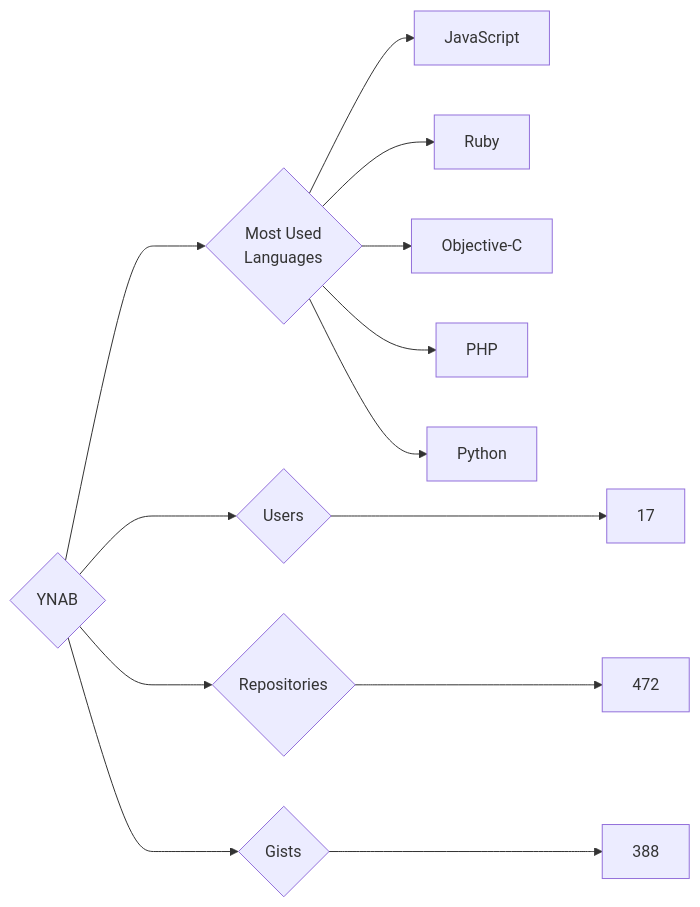
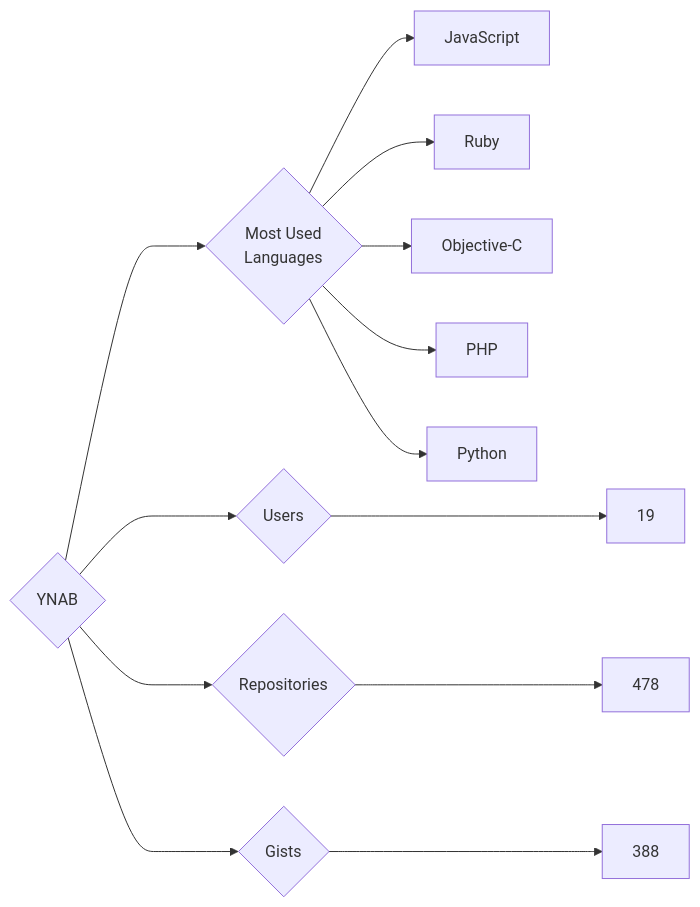
One commit to trickest/insiders changed the diagram in targets/YNAB/README.md. Above: the diagram before and after it, drawn with Mermaid. The commit also changed 829 other files, not shown here.

````diff
--- a/targets/YNAB/README.md
+++ b/targets/YNAB/README.md
@@ -3,13 +3,13 @@
 ```mermaid
 graph LR
 COMPANY_NAME{YNAB}
-COMPANY_NAME ---> U{Users} ---> UN[17]
-COMPANY_NAME ---> R{Repositories} ---> RN[472]
+COMPANY_NAME ---> U{Users} ---> UN[19]
+COMPANY_NAME ---> R{Repositories} ---> RN[478]
 COMPANY_NAME ---> G{Gists} ---> GN[388]
 COMPANY_NAME ---> ML{Most Used<br>Languages}
 ML --> JavaScript[JavaScript]
 ML --> Ruby[Ruby]
 ML --> Objective-C[Objective-C]
 ML --> PHP[PHP]
 ML --> Python[Python]
 ```
````
